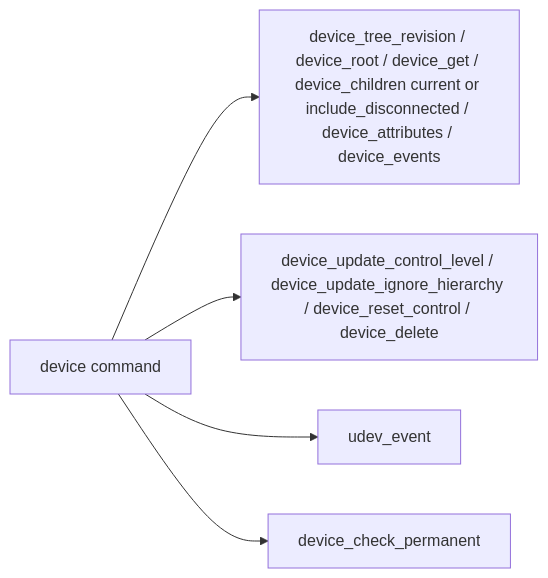
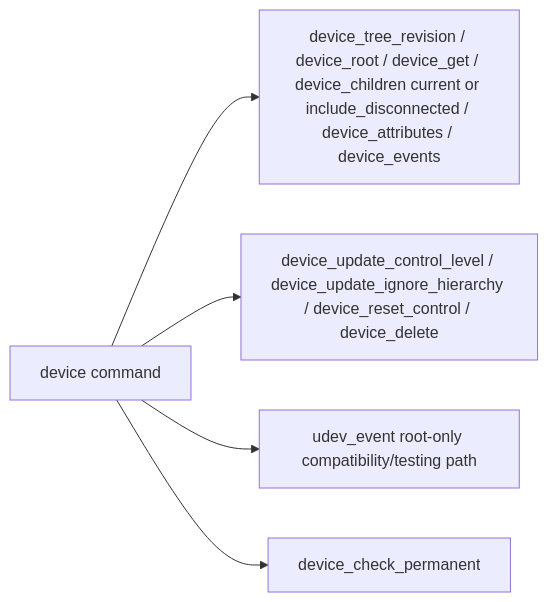
One commit to RevoltStar/FIC changed the sixth of 19 diagrams in docs/architecture-diagrams.md. Above: the diagram before and after it, drawn with Mermaid. The commit also changed other lines of this file and 9 other files, not shown here.

````diff
--- a/docs/architecture-diagrams.md
+++ b/docs/architecture-diagrams.md
@@ -241,8 +249,8 @@
 ```mermaid
 flowchart LR
     deviceCommands[device command]
     deviceCommands --> read[device_tree_revision / device_root / device_get / device_children current or include_disconnected / device_attributes / device_events]
     deviceCommands --> mutate[device_update_control_level / device_update_ignore_hierarchy / device_reset_control / device_delete]
-    deviceCommands --> udev[udev_event]
+    deviceCommands --> compat[udev_event root-only compatibility/testing path]
     deviceCommands --> permanent[device_check_permanent]
 ```
````
